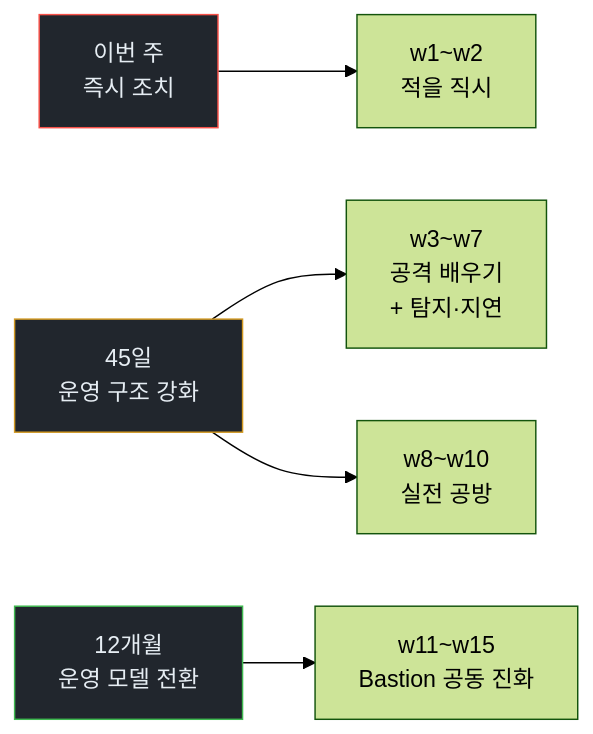
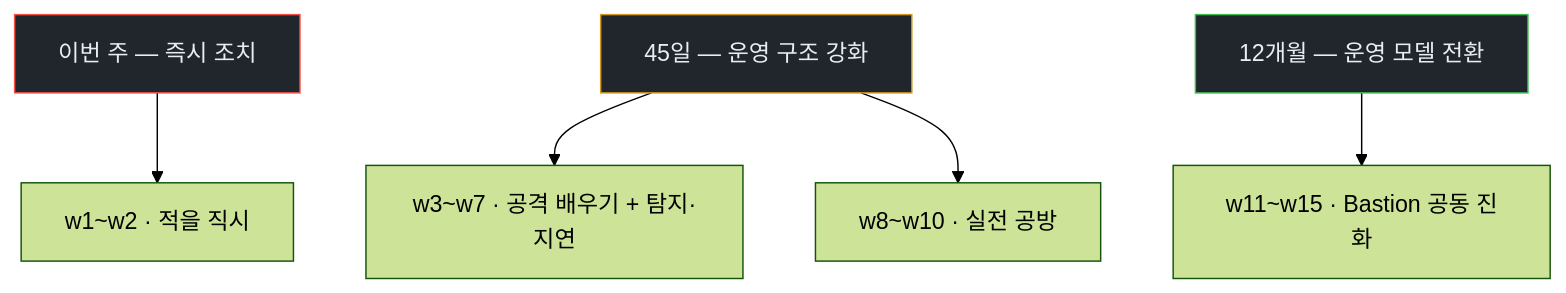
The second of 5 diagrams in contents/education/course19-agent-incident-response/week01/lecture.md (mrgrit/ccc), drawn with Mermaid (forest theme) before and after one commit. The commit also changed other lines of this file and 5 other files, not shown here.

First line of the commit message:
docs(course19): w9 상세화 + 기존 LR 다이어그램을 TB로 전환

````diff
--- a/contents/education/course19-agent-incident-response/week01/lecture.md
+++ b/contents/education/course19-agent-incident-response/week01/lecture.md
@@ -344,17 +344,17 @@
 ```mermaid
-flowchart LR
-    H1["이번 주<br/>즉시 조치"]
-    H2["45일<br/>운영 구조 강화"]
-    H3["12개월<br/>운영 모델 전환"]
-    W1["w1~w2<br/>적을 직시"]
-    W2["w3~w7<br/>공격 배우기<br/>+ 탐지·지연"]
-    W3["w8~w10<br/>실전 공방"]
-    W4["w11~w15<br/>Bastion 공동 진화"]
+flowchart TB
+    H1["이번 주 — 즉시 조치"]
+    H2["45일 — 운영 구조 강화"]
+    H3["12개월 — 운영 모델 전환"]
+    W1["w1~w2 · 적을 직시"]
+    W2["w3~w7 · 공격 배우기 + 탐지·지연"]
+    W3["w8~w10 · 실전 공방"]
+    W4["w11~w15 · Bastion 공동 진화"]
     H1 --> W1
     H2 --> W2
     H2 --> W3
     H3 --> W4
     style H1 fill:#21262d,stroke:#f85149,color:#e6edf3
     style H2 fill:#21262d,stroke:#d29922,color:#e6edf3
     style H3 fill:#21262d,stroke:#3fb950,color:#e6edf3
 ```
````
